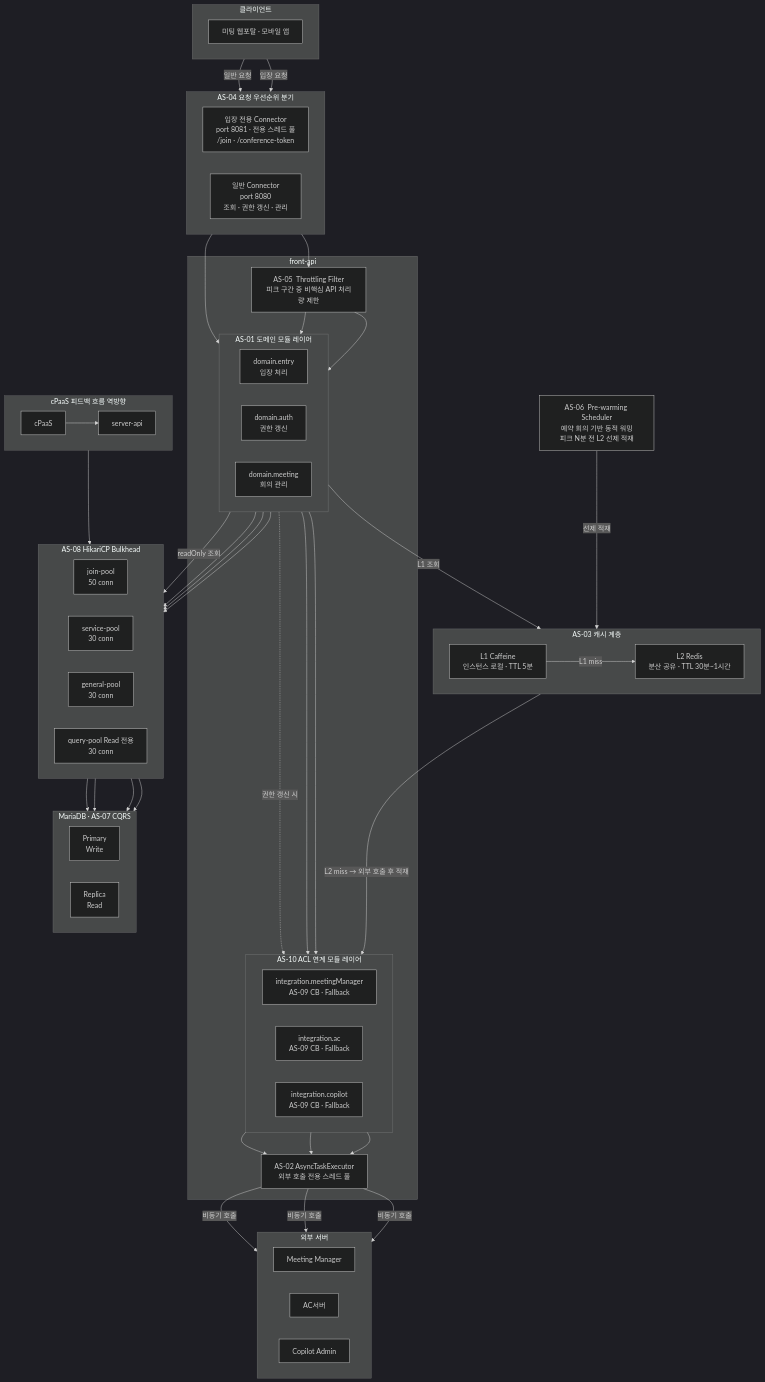
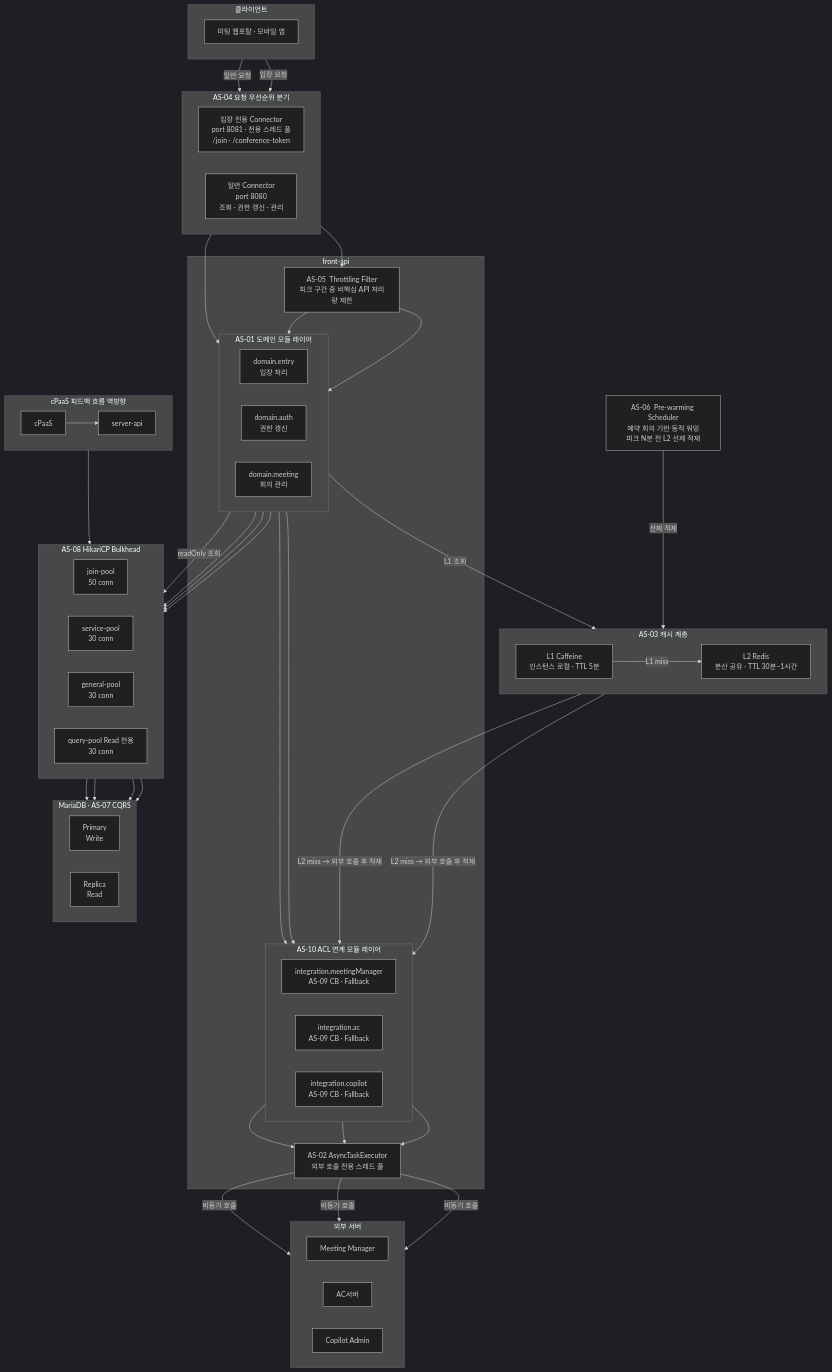
Before and after one commit to sujinnkim/A_Personal: the diagram in docs/05-architecture-design/4.1-conceptual/4.1.1-concept-diagram.md, drawn with Mermaid (dark theme). The commit also changed other lines of this file and 5 other files, not shown here.

```diff
--- a/docs/05-architecture-design/4.1-conceptual/4.1.1-concept-diagram.md
+++ b/docs/05-architecture-design/4.1-conceptual/4.1.1-concept-diagram.md
@@ -85,13 +85,13 @@
     %% ── 캐시 흐름 ──────────────────────────────
     AUTH_D -->|L1 조회| L1
     L1 --->|L1 miss| L2
-    L2 --->|L2 miss → 외부 호출 후 적재| CP_INT
+    L2 --->|L2 miss → 외부 호출 후 적재| AC_INT & CP_INT
     PREWARM -->|선제 적재| L2
 
     %% ── ACL → Async → 외부 서버 ───────────────
+    %% draw.io 권장: MM_INT·AC_INT·CP_INT → ASYNC 3선을 ACL 레이어 경계 → ASYNC 1선으로 표현
     ENTRY --> MM_INT
     MEET --> AC_INT
-    AUTH_D -.->|권한 갱신 시| CP_INT
     MM_INT & AC_INT & CP_INT --> ASYNC
     ASYNC -->|비동기 호출| MM & ACS & CPS
 
@@ -102,6 +102,7 @@
     MEET -->|readOnly 조회| QP
 
     %% ── DB 연결 ─────────────────────────────────
+    %% draw.io 권장: JP·SP·GP → PRI 3선을 Bulkhead write 측 경계 → Primary 1선으로 표현
     JP & SP & GP --> PRI
     QP --> REP
 
```
